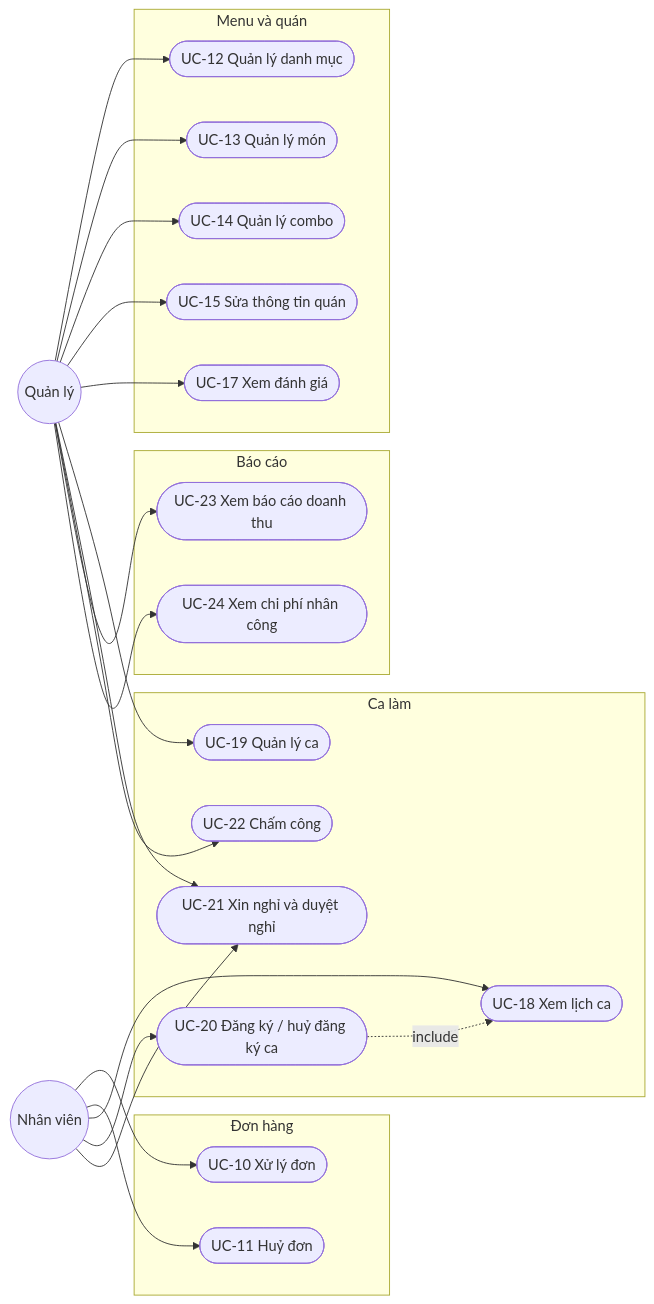
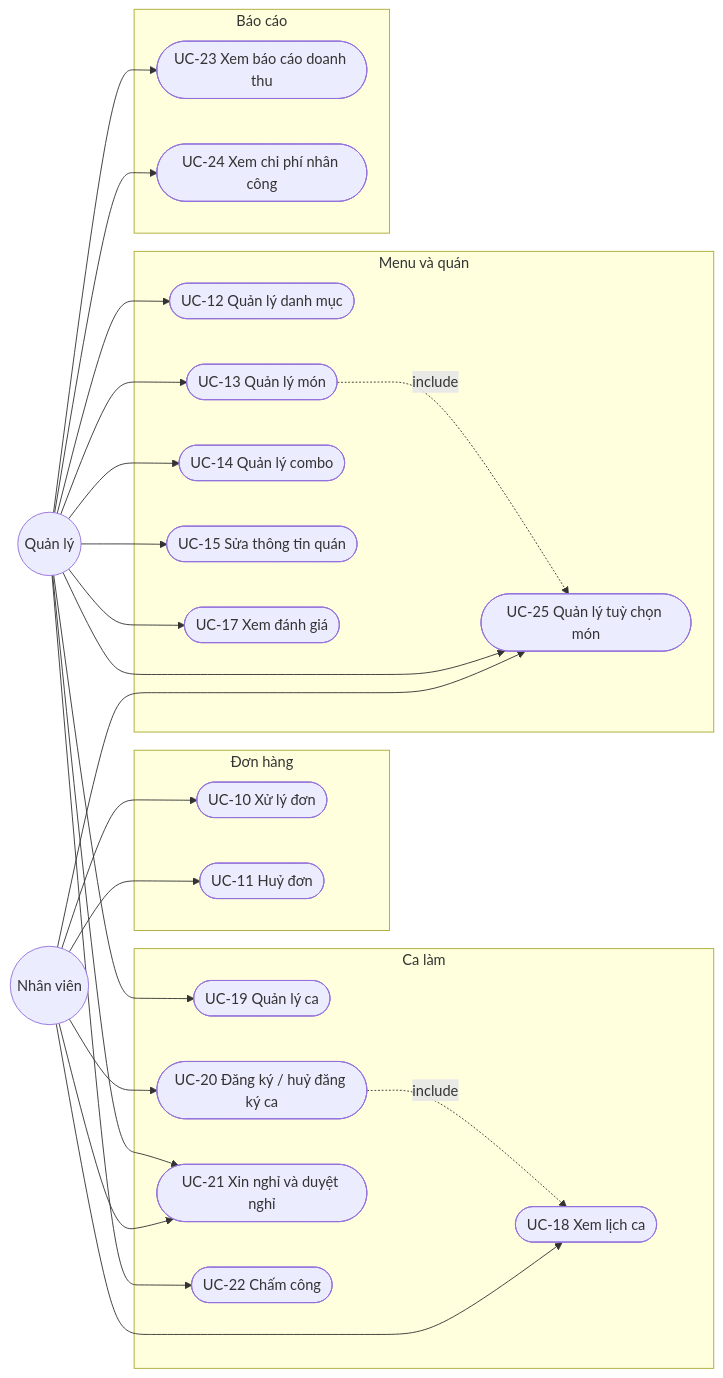
The second of 2 diagrams in docs/03-usecase.md (ThanhQuy-wolf/Coffee-Shop-Backup), drawn with Mermaid before and after one commit. The commit also changed other lines of this file and 31 other files, not shown here.

````diff
--- a/docs/03-usecase.md
+++ b/docs/03-usecase.md
@@ -47,45 +47,49 @@
 ```mermaid
 flowchart LR
     staff((Nhân viên))
     manager((Quản lý))
 
     subgraph DON[Đơn hàng]
         UC10([UC-10 Xử lý đơn])
         UC11b([UC-11 Huỷ đơn])
     end
     subgraph MENU[Menu và quán]
         UC12([UC-12 Quản lý danh mục])
         UC13([UC-13 Quản lý món])
         UC14([UC-14 Quản lý combo])
         UC15([UC-15 Sửa thông tin quán])
+        UC25([UC-25 Quản lý tuỳ chọn món])
         UC17([UC-17 Xem đánh giá])
     end
     subgraph CA[Ca làm]
         UC18([UC-18 Xem lịch ca])
         UC19([UC-19 Quản lý ca])
         UC20([UC-20 Đăng ký / huỷ đăng ký ca])
         UC21([UC-21 Xin nghỉ và duyệt nghỉ])
         UC22([UC-22 Chấm công])
     end
     subgraph BC[Báo cáo]
         UC23([UC-23 Xem báo cáo doanh thu])
         UC24([UC-24 Xem chi phí nhân công])
     end
 
     staff --> UC10
     staff --> UC11b
     staff --> UC18
+    staff --> UC25
     staff --> UC20
     staff --> UC21
     manager --> UC12
     manager --> UC13
     manager --> UC14
     manager --> UC15
+    manager --> UC25
     manager --> UC17
     manager --> UC19
     manager --> UC21
     manager --> UC22
     manager --> UC23
     manager --> UC24
     UC20 -. include .-> UC18
+    UC13 -. include .-> UC25
 ```
````
